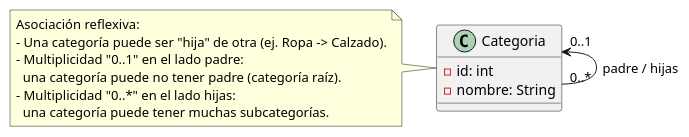
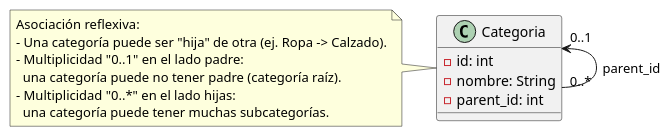
Before and after one commit to pepesan/enterprise-architect-avanzado-uml: the diagram in doc/01_clases/plantuml/07_asociacion_reflexiva.plantuml, drawn with PlantUML.

Commit message:
mejorado ejemplo de asociacion reflexiva

```diff
--- a/doc/01_clases/plantuml/07_asociacion_reflexiva.plantuml
+++ b/doc/01_clases/plantuml/07_asociacion_reflexiva.plantuml
@@ -1,18 +1,19 @@
 @startuml
 class Categoria {
   - id: int
   - nombre: String
+  - parent_id: int
 }
 
 ' Una categoría puede tener subcategorías (relación reflexiva)
-Categoria "0..1" <-- "0..*" Categoria : padre / hijas
+Categoria "0..1" <-- "0..*" Categoria : parent_id
 
 note left of Categoria
 Asociación reflexiva:
 - Una categoría puede ser "hija" de otra (ej. Ropa -> Calzado).
 - Multiplicidad "0..1" en el lado padre:
   una categoría puede no tener padre (categoría raíz).
 - Multiplicidad "0..*" en el lado hijas:
   una categoría puede tener muchas subcategorías.
 end note
 @enduml
```
